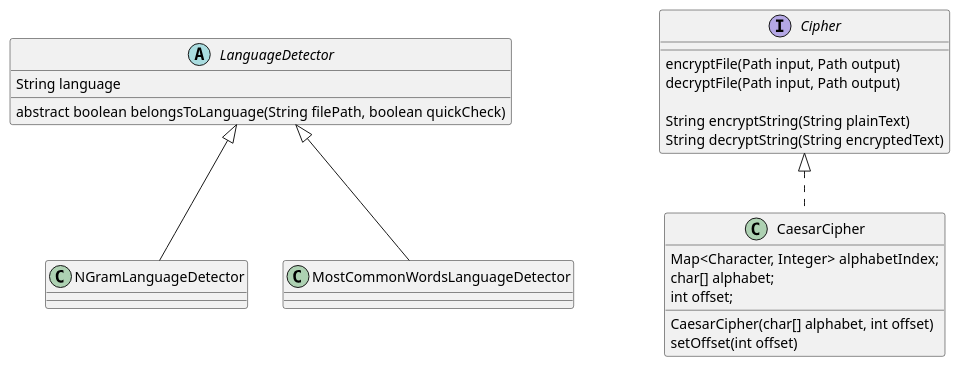
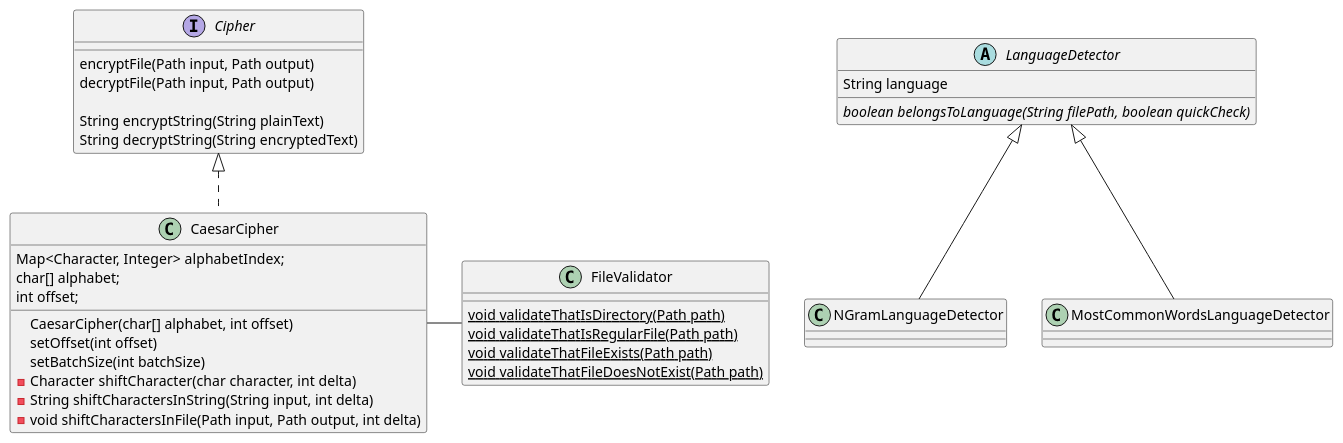
The diagram in docs/class-diagram.puml (jlarteaga/cgu-cryptography-project), drawn with PlantUML before and after one commit. The commit also changed 2 other files, not shown here.

Commit message:
cr: improve class diagram and readme

```diff
--- a/docs/class-diagram.puml
+++ b/docs/class-diagram.puml
@@ -1,28 +1,42 @@
 @startuml
 
 abstract class LanguageDetector {
     String language
-    abstract boolean belongsToLanguage(String filePath, boolean quickCheck)
+    {abstract} boolean belongsToLanguage(String filePath, boolean quickCheck)
 }
 
 class NGramLanguageDetector extends LanguageDetector {}
 
 class MostCommonWordsLanguageDetector extends LanguageDetector {}
 
 interface Cipher {
     encryptFile(Path input, Path output)
     decryptFile(Path input, Path output)
 
     String encryptString(String plainText)
     String decryptString(String encryptedText)
 }
 
 class CaesarCipher implements Cipher {
     Map<Character, Integer> alphabetIndex;
     char[] alphabet;
     int offset;
 
     CaesarCipher(char[] alphabet, int offset)
     setOffset(int offset)
+    setBatchSize(int batchSize)
+    - Character shiftCharacter(char character, int delta)
+    - String shiftCharactersInString(String input, int delta)
+    - void shiftCharactersInFile(Path input, Path output, int delta)
 }
+
+class FileValidator
+{
+    {static} void validateThatIsDirectory(Path path)
+    {static} void validateThatIsRegularFile(Path path)
+    {static} void validateThatFileExists(Path path)
+    {static} void validateThatFileDoesNotExist(Path path)
+}
+
+CaesarCipher - FileValidator
 @enduml
```
